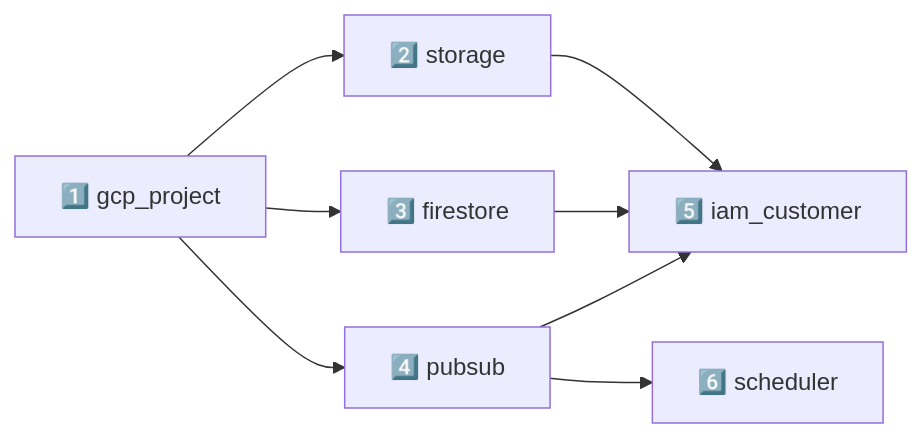
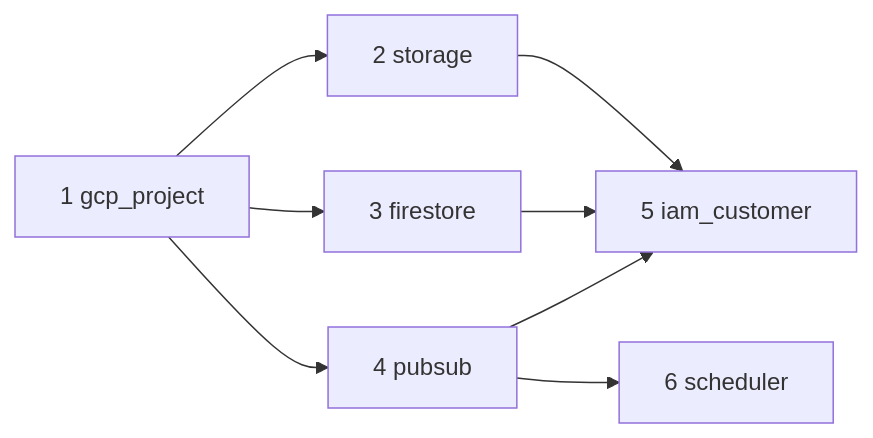
The tenth of 10 diagrams in vitesse_terraform_design.md (marioguaqueta/vitesse-message-pub-sub-service), drawn with Mermaid before and after one commit. The commit also changed other lines of this file and 1 other file, not shown here.

````diff
--- a/vitesse_terraform_design.md
+++ b/vitesse_terraform_design.md
@@ -950,10 +950,10 @@
 ```mermaid
 graph LR
-    A["1️⃣ gcp_project"] --> B["2️⃣ storage"]
-    A --> C["3️⃣ firestore"]
-    A --> D["4️⃣ pubsub"]
-    B --> E["5️⃣ iam_customer"]
-    C --> E
-    D --> E
-    D --> F["6️⃣ scheduler"]
+  A["1 gcp_project"] --> B["2 storage"]
+  A --> C["3 firestore"]
+  A --> D["4 pubsub"]
+  B --> E["5 iam_customer"]
+  C --> E
+  D --> E
+  D --> F["6 scheduler"]
 ```
````
